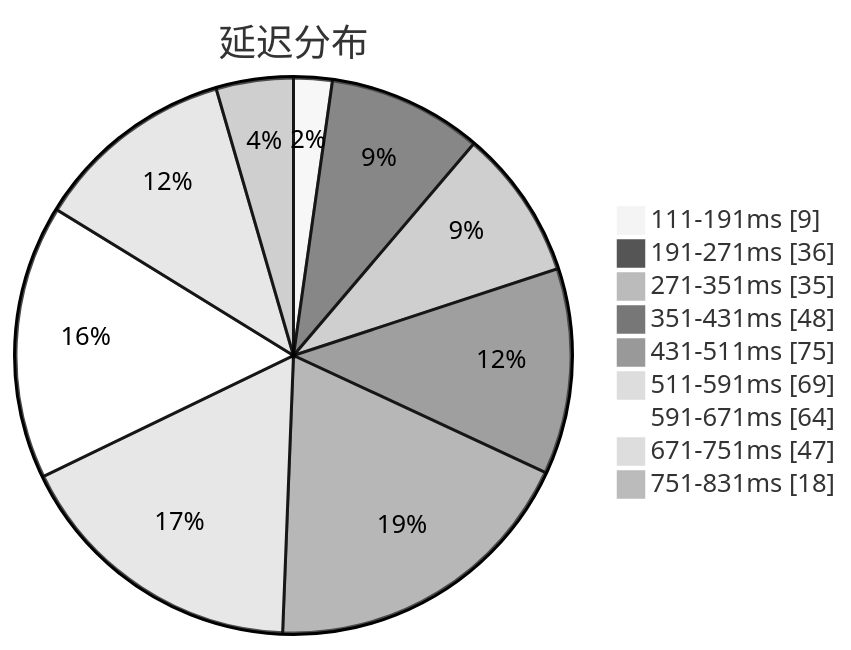
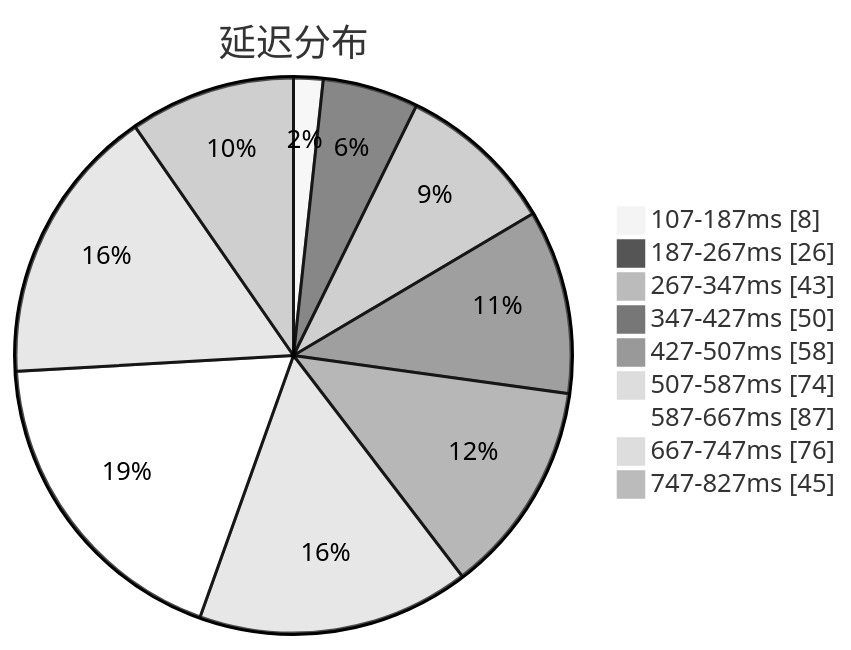
One commit to sinspired/airport changed the first of 3 diagrams in subs/statistics/tested_within.md. Above: the diagram before and after it, drawn with Mermaid (neutral theme). The commit also changed other lines of this file and 2 other files, not shown here.

````diff
--- a/subs/statistics/tested_within.md
+++ b/subs/statistics/tested_within.md
@@ -2,13 +2,13 @@
 ```mermaid
 pie showData
 title 延迟分布
-"111-191ms" : 9
-"191-271ms" : 36
-"271-351ms" : 35
-"351-431ms" : 48
-"431-511ms" : 75
-"511-591ms" : 69
-"591-671ms" : 64
-"671-751ms" : 47
-"751-831ms" : 18
+"107-187ms" : 8
+"187-267ms" : 26
+"267-347ms" : 43
+"347-427ms" : 50
+"427-507ms" : 58
+"507-587ms" : 74
+"587-667ms" : 87
+"667-747ms" : 76
+"747-827ms" : 45
 ```
````
